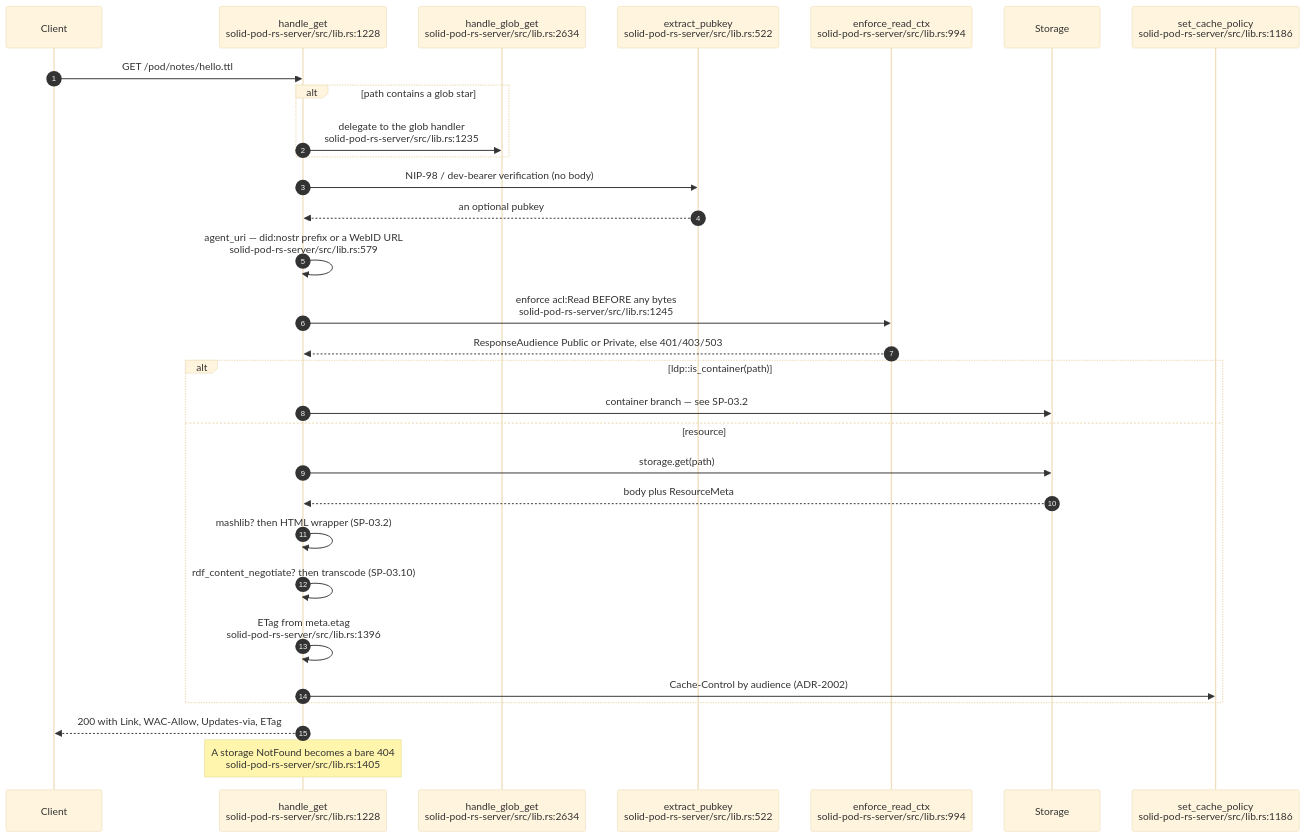
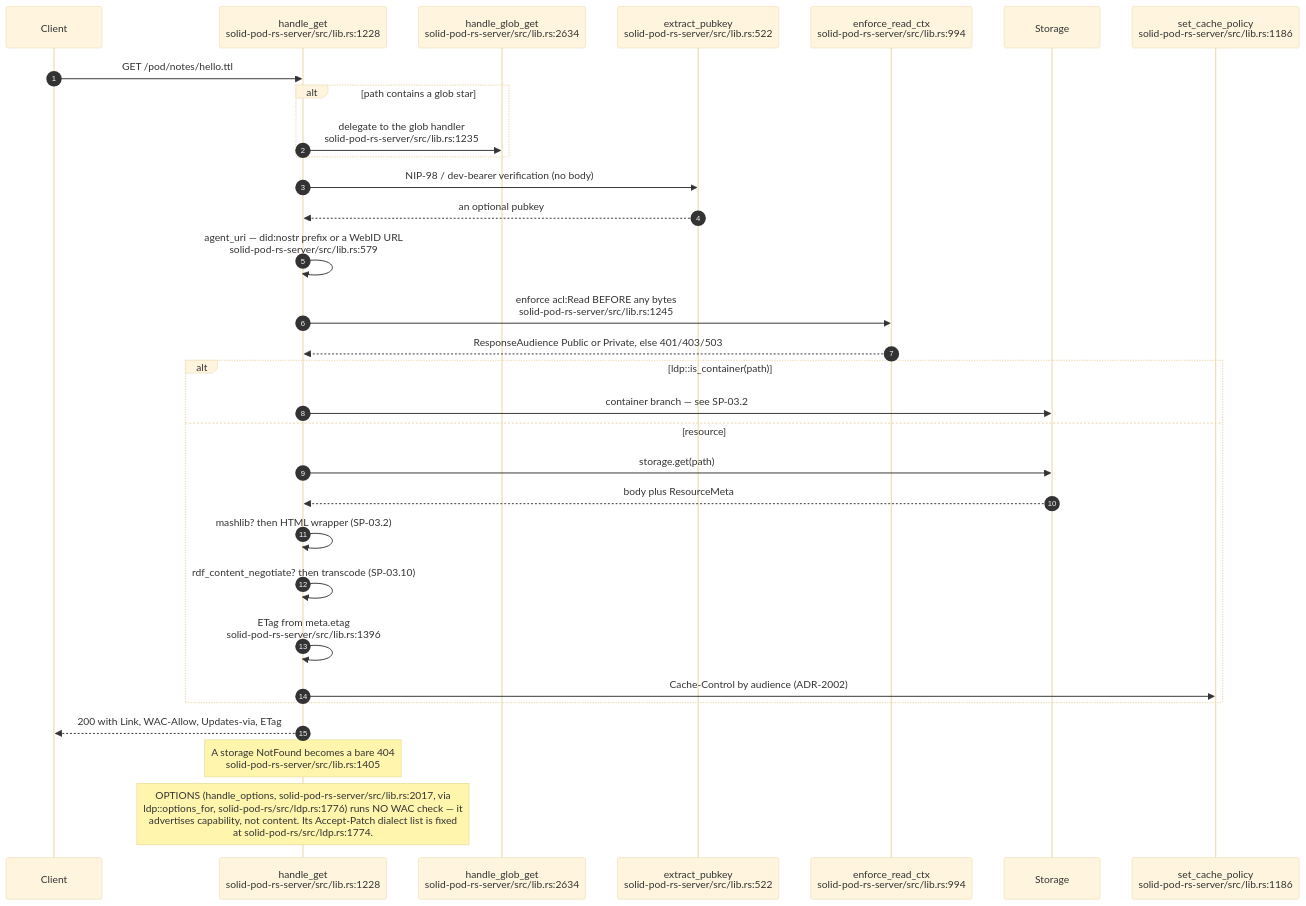
One commit to DreamLab-AI/VisionFlow changed the first of 11 diagrams in docs/diagrams/solid-pod-rs/03-ldp-request-lifecycle.md. Above: the diagram before and after it, drawn with Mermaid (base theme). The commit also changed other lines of this file and 136 other files, not shown here.

First line of the commit message:
docs(diagrams): refresh the whole corpus to code HEAD and prune low-value diagrams

````diff
--- a/docs/diagrams/solid-pod-rs/03-ldp-request-lifecycle.md
+++ b/docs/diagrams/solid-pod-rs/03-ldp-request-lifecycle.md
@@ -18,33 +17,34 @@
 ```mermaid
 sequenceDiagram
     autonumber
     participant C as Client
     participant G as handle_get<br/>solid-pod-rs-server/src/lib.rs:1228
     participant GL as handle_glob_get<br/>solid-pod-rs-server/src/lib.rs:2634
     participant AU as extract_pubkey<br/>solid-pod-rs-server/src/lib.rs:522
     participant W as enforce_read_ctx<br/>solid-pod-rs-server/src/lib.rs:994
     participant S as Storage
     participant CP as set_cache_policy<br/>solid-pod-rs-server/src/lib.rs:1186
 
     C->>G: GET /pod/notes/hello.ttl
     alt path contains a glob star
         G->>GL: delegate to the glob handler<br/>solid-pod-rs-server/src/lib.rs:1235
     end
     G->>AU: NIP-98 / dev-bearer verification (no body)
     AU-->>G: an optional pubkey
     G->>G: agent_uri — did:nostr prefix or a WebID URL<br/>solid-pod-rs-server/src/lib.rs:579
     G->>W: enforce acl:Read BEFORE any bytes<br/>solid-pod-rs-server/src/lib.rs:1245
     W-->>G: ResponseAudience Public or Private, else 401/403/503
     alt ldp::is_container(path)
         G->>S: container branch — see SP-03.2
     else resource
         G->>S: storage.get(path)
         S-->>G: body plus ResourceMeta
         G->>G: mashlib? then HTML wrapper (SP-03.2)
         G->>G: rdf_content_negotiate? then transcode (SP-03.10)
         G->>G: ETag from meta.etag<br/>solid-pod-rs-server/src/lib.rs:1396
         G->>CP: Cache-Control by audience (ADR-2002)
     end
     G-->>C: 200 with Link, WAC-Allow, Updates-via, ETag
     Note over G: A storage NotFound becomes a bare 404<br/>solid-pod-rs-server/src/lib.rs:1405
+    Note over G: OPTIONS (handle_options, solid-pod-rs-server/src/lib.rs:2017, via<br/>ldp::options_for, solid-pod-rs/src/ldp.rs:1776) runs NO WAC check — it<br/>advertises capability, not content. Its Accept-Patch dialect list is fixed<br/>at solid-pod-rs/src/ldp.rs:1774.
 ```
````
